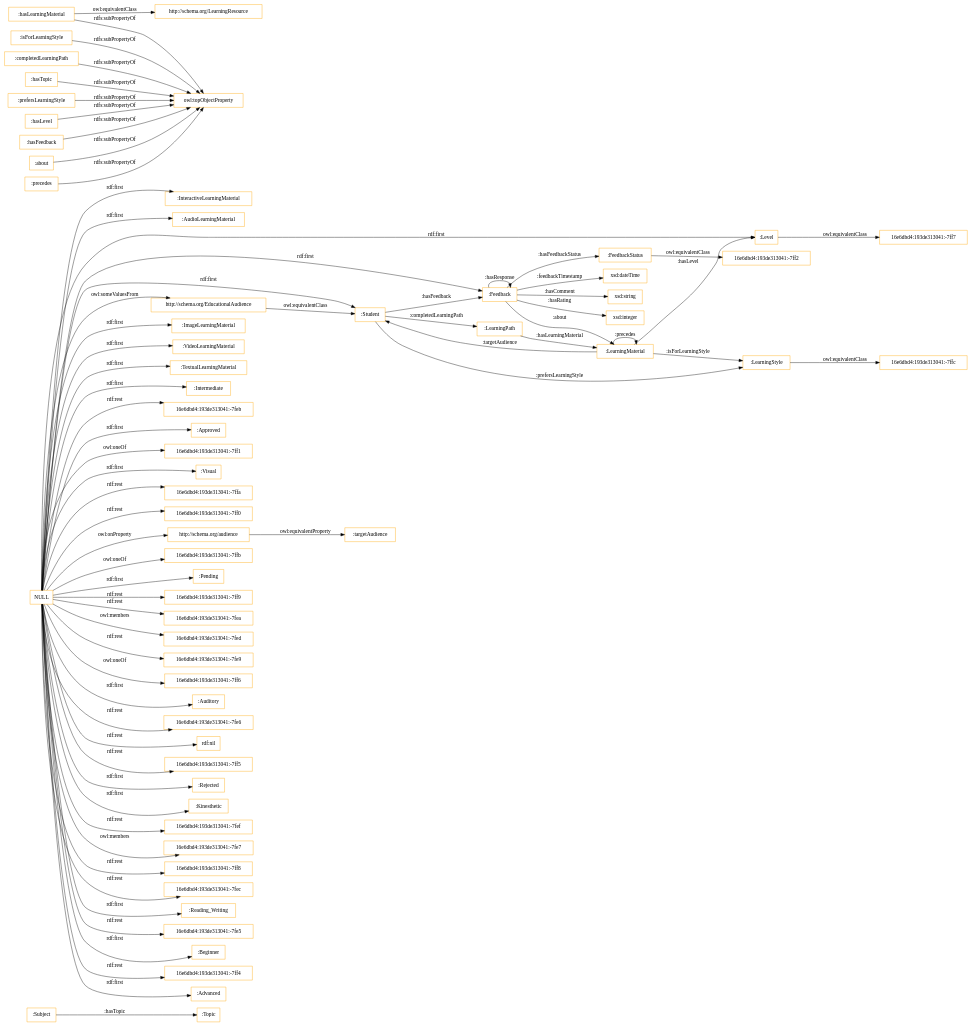
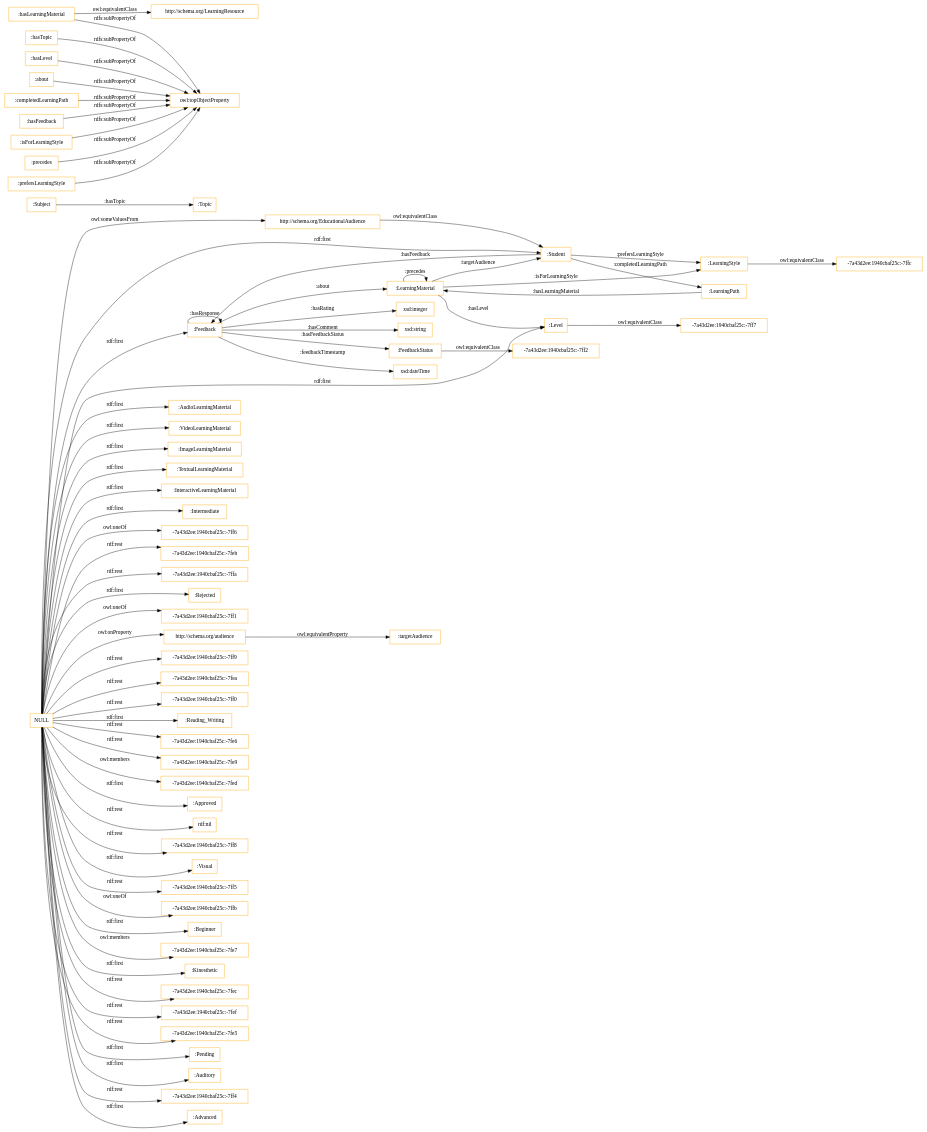
Before and after one commit to veyisTurgut/vb-rdf: the diagram in OnToology/vb-new.rdf/diagrams/ar2dtool-class/vb-new.rdf.png.dot, drawn with Graphviz. The commit also changed 12 other files, not shown here.

```diff
--- a/OnToology/vb-new.rdf/diagrams/ar2dtool-class/vb-new.rdf.png.dot
+++ b/OnToology/vb-new.rdf/diagrams/ar2dtool-class/vb-new.rdf.png.dot
@@ -1,75 +1,75 @@
 digraph ar2dtool_diagram { 
 rankdir=LR;
 size="1501"
-node [shape = rectangle, color="orange"]; ":Subject" "16e6dbd4:193de313041:-7ffc" "16e6dbd4:193de313041:-7ff7" ":InteractiveLearningMaterial" ":FeedbackStatus" ":AudioLearningMaterial" "http://schema.org/LearningResource" ":Feedback" ":LearningStyle" "16e6dbd4:193de313041:-7ff2" "http://schema.org/EducationalAudience" ":Student" ":Level" ":LearningMaterial" ":ImageLearningMaterial" ":Topic" ":LearningPath" ":VideoLearningMaterial" ":TextualLearningMaterial" ; /*classes style*/
+node [shape = rectangle, color="orange"]; ":FeedbackStatus" ":AudioLearningMaterial" ":VideoLearningMaterial" ":Subject" "http://schema.org/LearningResource" "-7a43d2ee:1940cbaf25c:-7ff7" ":LearningStyle" "http://schema.org/EducationalAudience" ":Topic" ":ImageLearningMaterial" ":Level" "-7a43d2ee:1940cbaf25c:-7ff2" ":Student" ":LearningMaterial" ":TextualLearningMaterial" ":LearningPath" ":InteractiveLearningMaterial" ":Feedback" "-7a43d2ee:1940cbaf25c:-7ffc" ; /*classes style*/
 	"NULL" -> ":Intermediate" [ label = "rdf:first" ];
-	"NULL" -> "16e6dbd4:193de313041:-7feb" [ label = "rdf:rest" ];
+	"NULL" -> "-7a43d2ee:1940cbaf25c:-7ff6" [ label = "owl:oneOf" ];
+	"NULL" -> "-7a43d2ee:1940cbaf25c:-7feb" [ label = "rdf:rest" ];
+	"NULL" -> "-7a43d2ee:1940cbaf25c:-7ffa" [ label = "rdf:rest" ];
+	"NULL" -> "http://schema.org/EducationalAudience" [ label = "owl:someValuesFrom" ];
+	"NULL" -> ":Rejected" [ label = "rdf:first" ];
+	"NULL" -> "-7a43d2ee:1940cbaf25c:-7ff1" [ label = "owl:oneOf" ];
+	"NULL" -> "http://schema.org/audience" [ label = "owl:onProperty" ];
+	"NULL" -> ":Level" [ label = "rdf:first" ];
+	"NULL" -> "-7a43d2ee:1940cbaf25c:-7ff9" [ label = "rdf:rest" ];
+	"NULL" -> "-7a43d2ee:1940cbaf25c:-7fea" [ label = "rdf:rest" ];
+	"NULL" -> "-7a43d2ee:1940cbaf25c:-7ff0" [ label = "rdf:rest" ];
+	"NULL" -> ":Reading_Writing" [ label = "rdf:first" ];
+	"NULL" -> "-7a43d2ee:1940cbaf25c:-7fe6" [ label = "rdf:rest" ];
+	"NULL" -> "-7a43d2ee:1940cbaf25c:-7fe9" [ label = "rdf:rest" ];
+	"NULL" -> ":TextualLearningMaterial" [ label = "rdf:first" ];
+	"NULL" -> "-7a43d2ee:1940cbaf25c:-7fed" [ label = "owl:members" ];
+	"NULL" -> ":InteractiveLearningMaterial" [ label = "rdf:first" ];
+	"NULL" -> ":ImageLearningMaterial" [ label = "rdf:first" ];
 	"NULL" -> ":Approved" [ label = "rdf:first" ];
+	"NULL" -> "rdf:nil" [ label = "rdf:rest" ];
+	"NULL" -> "-7a43d2ee:1940cbaf25c:-7ff8" [ label = "rdf:rest" ];
+	"NULL" -> ":Visual" [ label = "rdf:first" ];
+	"NULL" -> "-7a43d2ee:1940cbaf25c:-7ff5" [ label = "rdf:rest" ];
+	"NULL" -> ":Feedback" [ label = "rdf:first" ];
+	"NULL" -> "-7a43d2ee:1940cbaf25c:-7ffb" [ label = "owl:oneOf" ];
+	"NULL" -> ":Beginner" [ label = "rdf:first" ];
+	"NULL" -> "-7a43d2ee:1940cbaf25c:-7fe7" [ label = "owl:members" ];
+	"NULL" -> ":Kinesthetic" [ label = "rdf:first" ];
+	"NULL" -> "-7a43d2ee:1940cbaf25c:-7fec" [ label = "rdf:rest" ];
+	"NULL" -> "-7a43d2ee:1940cbaf25c:-7fef" [ label = "rdf:rest" ];
+	"NULL" -> "-7a43d2ee:1940cbaf25c:-7fe5" [ label = "rdf:rest" ];
+	"NULL" -> ":Pending" [ label = "rdf:first" ];
+	"NULL" -> ":Auditory" [ label = "rdf:first" ];
+	"NULL" -> ":Student" [ label = "rdf:first" ];
 	"NULL" -> ":AudioLearningMaterial" [ label = "rdf:first" ];
-	"NULL" -> ":ImageLearningMaterial" [ label = "rdf:first" ];
-	"NULL" -> "http://schema.org/EducationalAudience" [ label = "owl:someValuesFrom" ];
-	"NULL" -> "16e6dbd4:193de313041:-7ff1" [ label = "owl:oneOf" ];
-	"NULL" -> ":Visual" [ label = "rdf:first" ];
-	"NULL" -> "16e6dbd4:193de313041:-7ffa" [ label = "rdf:rest" ];
-	"NULL" -> "16e6dbd4:193de313041:-7ff0" [ label = "rdf:rest" ];
-	"NULL" -> "http://schema.org/audience" [ label = "owl:onProperty" ];
-	"NULL" -> ":Student" [ label = "rdf:first" ];
-	"NULL" -> ":Level" [ label = "rdf:first" ];
-	"NULL" -> "16e6dbd4:193de313041:-7ffb" [ label = "owl:oneOf" ];
-	"NULL" -> ":Pending" [ label = "rdf:first" ];
-	"NULL" -> "16e6dbd4:193de313041:-7ff9" [ label = "rdf:rest" ];
-	"NULL" -> ":TextualLearningMaterial" [ label = "rdf:first" ];
-	"NULL" -> "16e6dbd4:193de313041:-7fea" [ label = "rdf:rest" ];
-	"NULL" -> "16e6dbd4:193de313041:-7fed" [ label = "owl:members" ];
-	"NULL" -> "16e6dbd4:193de313041:-7fe9" [ label = "rdf:rest" ];
-	"NULL" -> "16e6dbd4:193de313041:-7ff6" [ label = "owl:oneOf" ];
-	"NULL" -> ":Feedback" [ label = "rdf:first" ];
-	"NULL" -> ":Auditory" [ label = "rdf:first" ];
-	"NULL" -> "16e6dbd4:193de313041:-7fe6" [ label = "rdf:rest" ];
-	"NULL" -> "rdf:nil" [ label = "rdf:rest" ];
-	"NULL" -> "16e6dbd4:193de313041:-7ff5" [ label = "rdf:rest" ];
-	"NULL" -> ":Rejected" [ label = "rdf:first" ];
-	"NULL" -> ":Kinesthetic" [ label = "rdf:first" ];
-	"NULL" -> "16e6dbd4:193de313041:-7fef" [ label = "rdf:rest" ];
-	"NULL" -> "16e6dbd4:193de313041:-7fe7" [ label = "owl:members" ];
-	"NULL" -> "16e6dbd4:193de313041:-7ff8" [ label = "rdf:rest" ];
-	"NULL" -> "16e6dbd4:193de313041:-7fec" [ label = "rdf:rest" ];
-	"NULL" -> ":Reading_Writing" [ label = "rdf:first" ];
-	"NULL" -> "16e6dbd4:193de313041:-7fe5" [ label = "rdf:rest" ];
+	"NULL" -> "-7a43d2ee:1940cbaf25c:-7ff4" [ label = "rdf:rest" ];
+	"NULL" -> ":Advanced" [ label = "rdf:first" ];
 	"NULL" -> ":VideoLearningMaterial" [ label = "rdf:first" ];
-	"NULL" -> ":Beginner" [ label = "rdf:first" ];
-	"NULL" -> "16e6dbd4:193de313041:-7ff4" [ label = "rdf:rest" ];
-	"NULL" -> ":InteractiveLearningMaterial" [ label = "rdf:first" ];
-	"NULL" -> ":Advanced" [ label = "rdf:first" ];
-	":isForLearningStyle" -> "owl:topObjectProperty" [ label = "rdfs:subPropertyOf" ];
-	":completedLearningPath" -> "owl:topObjectProperty" [ label = "rdfs:subPropertyOf" ];
+	":hasTopic" -> "owl:topObjectProperty" [ label = "rdfs:subPropertyOf" ];
 	"http://schema.org/audience" -> ":targetAudience" [ label = "owl:equivalentProperty" ];
-	":hasTopic" -> "owl:topObjectProperty" [ label = "rdfs:subPropertyOf" ];
-	":LearningStyle" -> "16e6dbd4:193de313041:-7ffc" [ label = "owl:equivalentClass" ];
-	":prefersLearningStyle" -> "owl:topObjectProperty" [ label = "rdfs:subPropertyOf" ];
 	":hasLevel" -> "owl:topObjectProperty" [ label = "rdfs:subPropertyOf" ];
-	"http://schema.org/EducationalAudience" -> ":Student" [ label = "owl:equivalentClass" ];
-	":hasFeedback" -> "owl:topObjectProperty" [ label = "rdfs:subPropertyOf" ];
-	":FeedbackStatus" -> "16e6dbd4:193de313041:-7ff2" [ label = "owl:equivalentClass" ];
+	":FeedbackStatus" -> "-7a43d2ee:1940cbaf25c:-7ff2" [ label = "owl:equivalentClass" ];
 	":about" -> "owl:topObjectProperty" [ label = "rdfs:subPropertyOf" ];
 	":hasLearningMaterial" -> "http://schema.org/LearningResource" [ label = "owl:equivalentClass" ];
 	":hasLearningMaterial" -> "owl:topObjectProperty" [ label = "rdfs:subPropertyOf" ];
-	":Level" -> "16e6dbd4:193de313041:-7ff7" [ label = "owl:equivalentClass" ];
+	":completedLearningPath" -> "owl:topObjectProperty" [ label = "rdfs:subPropertyOf" ];
+	"http://schema.org/EducationalAudience" -> ":Student" [ label = "owl:equivalentClass" ];
+	":Level" -> "-7a43d2ee:1940cbaf25c:-7ff7" [ label = "owl:equivalentClass" ];
+	":hasFeedback" -> "owl:topObjectProperty" [ label = "rdfs:subPropertyOf" ];
+	":isForLearningStyle" -> "owl:topObjectProperty" [ label = "rdfs:subPropertyOf" ];
 	":precedes" -> "owl:topObjectProperty" [ label = "rdfs:subPropertyOf" ];
+	":prefersLearningStyle" -> "owl:topObjectProperty" [ label = "rdfs:subPropertyOf" ];
+	":LearningStyle" -> "-7a43d2ee:1940cbaf25c:-7ffc" [ label = "owl:equivalentClass" ];
+	":Feedback" -> ":Feedback" [ label = ":hasResponse" ];
+	":Feedback" -> ":LearningMaterial" [ label = ":about" ];
+	":LearningMaterial" -> ":LearningStyle" [ label = ":isForLearningStyle" ];
+	":Feedback" -> "xsd:integer" [ label = ":hasRating" ];
+	":LearningPath" -> ":LearningMaterial" [ label = ":hasLearningMaterial" ];
+	":Student" -> ":Feedback" [ label = ":hasFeedback" ];
+	":Student" -> ":LearningStyle" [ label = ":prefersLearningStyle" ];
 	":Feedback" -> ":FeedbackStatus" [ label = ":hasFeedbackStatus" ];
+	":Feedback" -> "xsd:string" [ label = ":hasComment" ];
+	":Subject" -> ":Topic" [ label = ":hasTopic" ];
 	":Feedback" -> "xsd:dateTime" [ label = ":feedbackTimestamp" ];
-	":Feedback" -> "xsd:string" [ label = ":hasComment" ];
-	":Student" -> ":Feedback" [ label = ":hasFeedback" ];
-	":LearningMaterial" -> ":LearningMaterial" [ label = ":precedes" ];
-	":LearningPath" -> ":LearningMaterial" [ label = ":hasLearningMaterial" ];
-	":Student" -> ":LearningPath" [ label = ":completedLearningPath" ];
-	":LearningMaterial" -> ":LearningStyle" [ label = ":isForLearningStyle" ];
-	":Subject" -> ":Topic" [ label = ":hasTopic" ];
 	":LearningMaterial" -> ":Student" [ label = ":targetAudience" ];
 	":LearningMaterial" -> ":Level" [ label = ":hasLevel" ];
-	":Feedback" -> ":Feedback" [ label = ":hasResponse" ];
-	":Student" -> ":LearningStyle" [ label = ":prefersLearningStyle" ];
-	":Feedback" -> ":LearningMaterial" [ label = ":about" ];
-	":Feedback" -> "xsd:integer" [ label = ":hasRating" ];
+	":LearningMaterial" -> ":LearningMaterial" [ label = ":precedes" ];
+	":Student" -> ":LearningPath" [ label = ":completedLearningPath" ];
 
 }
```
